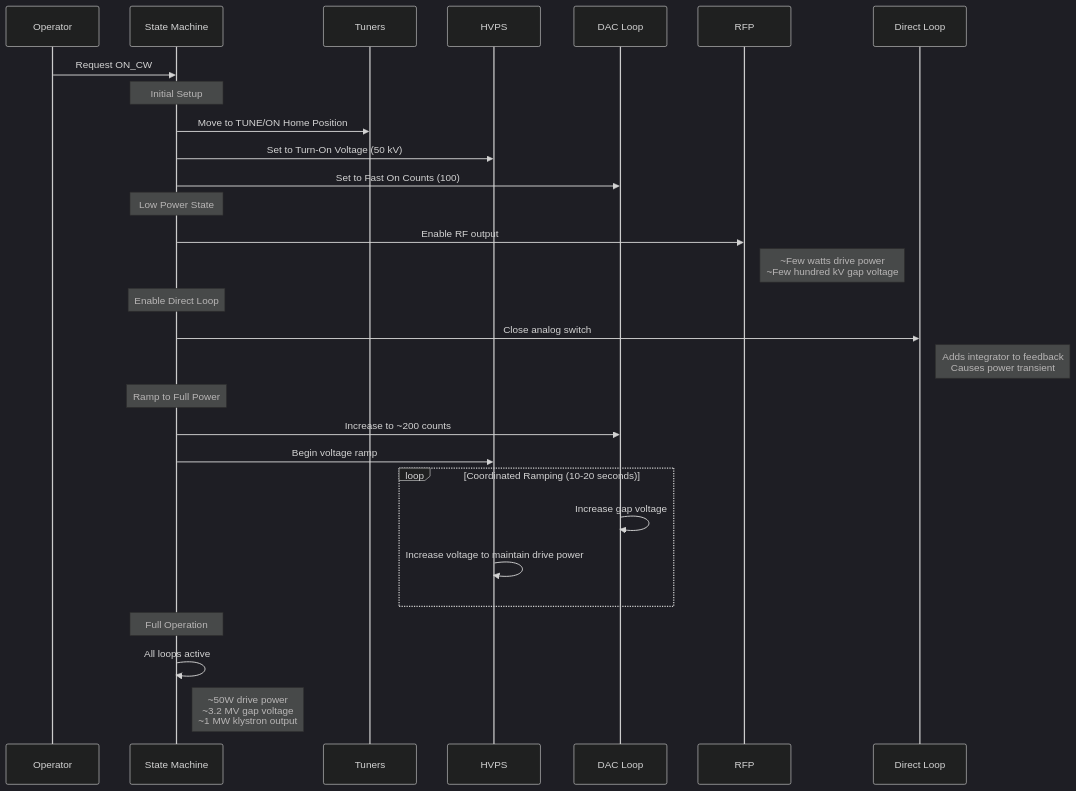
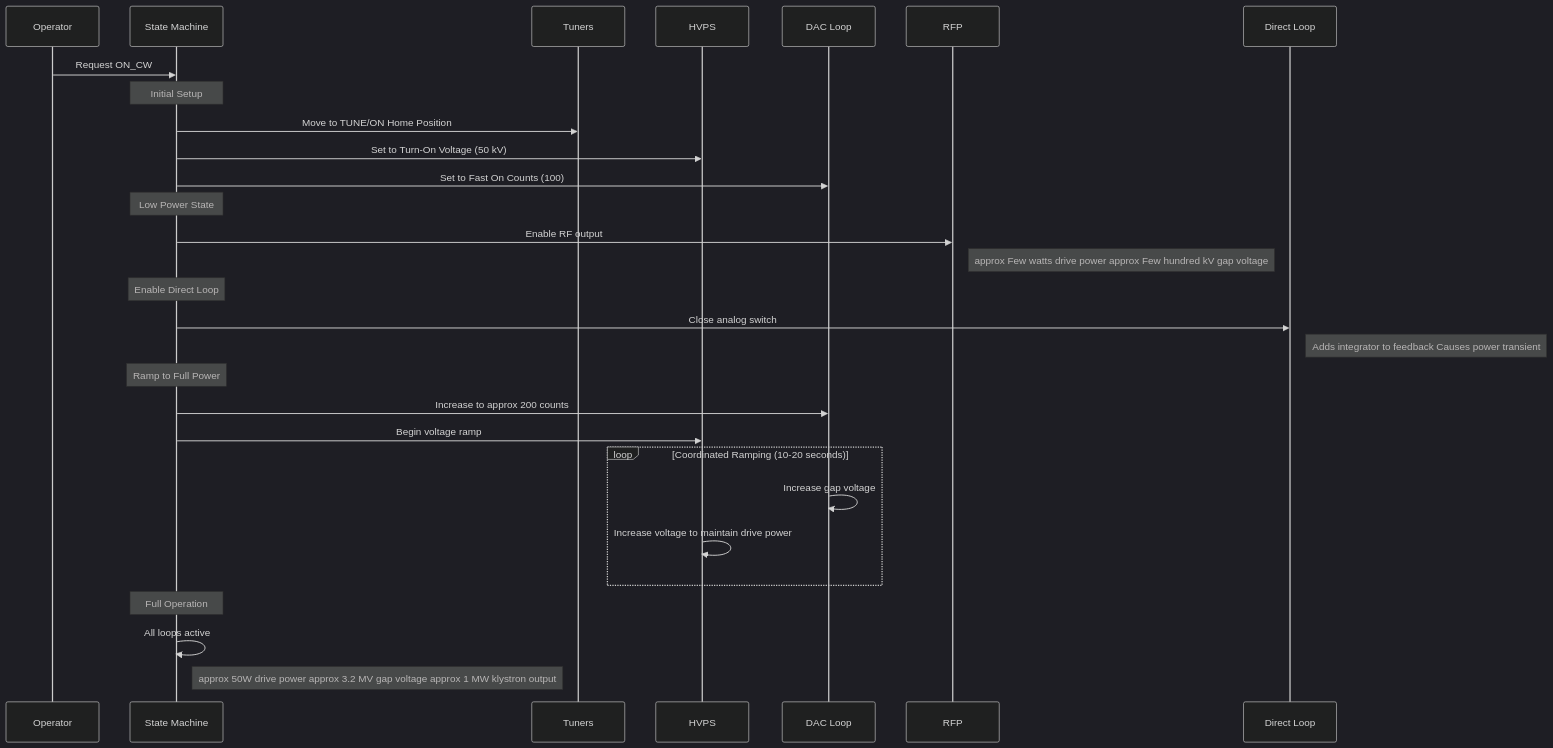
Before and after one commit to fayaw/spearlegacyLLRF: diagram 11 of 18 in SPEAR3_LLRF_COMPREHENSIVE_ANALYSIS.md, drawn with Mermaid (dark theme). The commit also changed other lines of this file, not shown here.

First line of the commit message:
Fix Mermaid diagram syntax errors

````diff
--- a/SPEAR3_LLRF_COMPREHENSIVE_ANALYSIS.md
+++ b/SPEAR3_LLRF_COMPREHENSIVE_ANALYSIS.md
@@ -518,38 +518,38 @@
 ```mermaid
 sequenceDiagram
-    participant Operator
-    participant StateMachine as State Machine
-    participant Tuners
-    participant HVPS
-    participant DAC as DAC Loop
-    participant RFP
-    participant DirectLoop as Direct Loop
-    
-    Operator->>StateMachine: Request ON_CW
-    
-    Note over StateMachine: Initial Setup
-    StateMachine->>Tuners: Move to TUNE/ON Home Position
-    StateMachine->>HVPS: Set to Turn-On Voltage (50 kV)
-    StateMachine->>DAC: Set to Fast On Counts (100)
-    
-    Note over StateMachine: Low Power State
-    StateMachine->>RFP: Enable RF output
-    Note right of RFP: ~Few watts drive power<br/>~Few hundred kV gap voltage
-    
-    Note over StateMachine: Enable Direct Loop
-    StateMachine->>DirectLoop: Close analog switch
-    Note right of DirectLoop: Adds integrator to feedback<br/>Causes power transient
-    
-    Note over StateMachine: Ramp to Full Power
-    StateMachine->>DAC: Increase to ~200 counts
-    StateMachine->>HVPS: Begin voltage ramp
-    
-    loop Coordinated Ramping (10-20 seconds)
-        DAC->>DAC: Increase gap voltage
-        HVPS->>HVPS: Increase voltage to maintain drive power
-    end
-    
-    Note over StateMachine: Full Operation
-    StateMachine->>StateMachine: All loops active
-    Note right of StateMachine: ~50W drive power<br/>~3.2 MV gap voltage<br/>~1 MW klystron output
+ participant Operator
+ participant StateMachine as State Machine
+ participant Tuners
+ participant HVPS
+ participant DAC as DAC Loop
+ participant RFP
+ participant DirectLoop as Direct Loop
+ 
+ Operator->>StateMachine: Request ON_CW
+ 
+ Note over StateMachine: Initial Setup
+ StateMachine->>Tuners: Move to TUNE/ON Home Position
+ StateMachine->>HVPS: Set to Turn-On Voltage (50 kV)
+ StateMachine->>DAC: Set to Fast On Counts (100)
+ 
+ Note over StateMachine: Low Power State
+ StateMachine->>RFP: Enable RF output
+ Note right of RFP: approx Few watts drive power approx Few hundred kV gap voltage
+ 
+ Note over StateMachine: Enable Direct Loop
+ StateMachine->>DirectLoop: Close analog switch
+ Note right of DirectLoop: Adds integrator to feedback Causes power transient
+ 
+ Note over StateMachine: Ramp to Full Power
+ StateMachine->>DAC: Increase to approx 200 counts
+ StateMachine->>HVPS: Begin voltage ramp
+ 
+ loop Coordinated Ramping (10-20 seconds)
+ DAC->>DAC: Increase gap voltage
+ HVPS->>HVPS: Increase voltage to maintain drive power
+ end
+ 
+ Note over StateMachine: Full Operation
+ StateMachine->>StateMachine: All loops active
+ Note right of StateMachine: approx 50W drive power approx 3.2 MV gap voltage approx 1 MW klystron output
 ```
````
